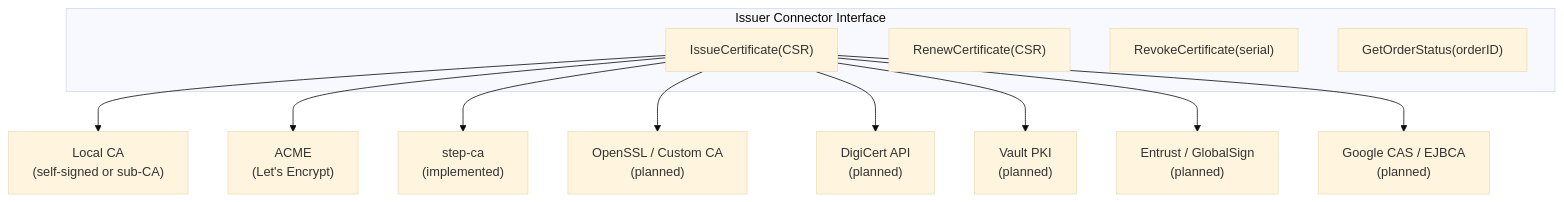
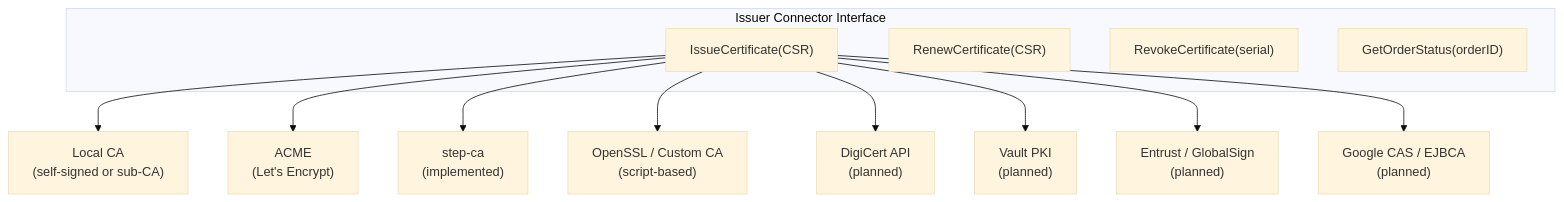
The second of 6 diagrams in docs/demo-advanced.md (certctl-io/certctl), drawn with Mermaid (base theme) before and after one commit. The commit also changed other lines of this file and 5 other files, not shown here.

````diff
--- a/docs/demo-advanced.md
+++ b/docs/demo-advanced.md
@@ -121,18 +123,18 @@
 ```mermaid
 flowchart TD
     subgraph "Issuer Connector Interface"
         A["IssueCertificate(CSR)"]
         B["RenewCertificate(CSR)"]
         C["RevokeCertificate(serial)"]
         D["GetOrderStatus(orderID)"]
     end
 
     A --> E["Local CA\n(self-signed or sub-CA)"]
     A --> F["ACME\n(Let's Encrypt)"]
     A --> G["step-ca\n(implemented)"]
-    A --> H["OpenSSL / Custom CA\n(planned)"]
+    A --> H["OpenSSL / Custom CA\n(script-based)"]
     A --> J["DigiCert API\n(planned)"]
     A --> K["Vault PKI\n(planned)"]
     A --> L["Entrust / GlobalSign\n(planned)"]
     A --> M["Google CAS / EJBCA\n(planned)"]
 ```
````
